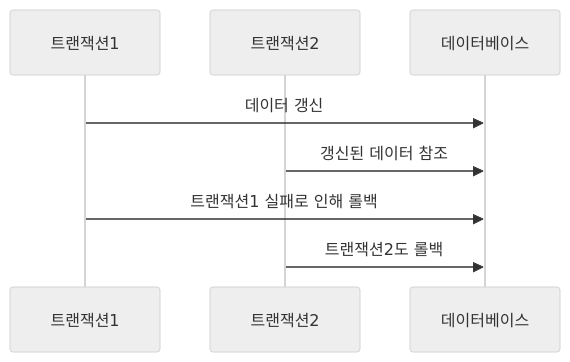
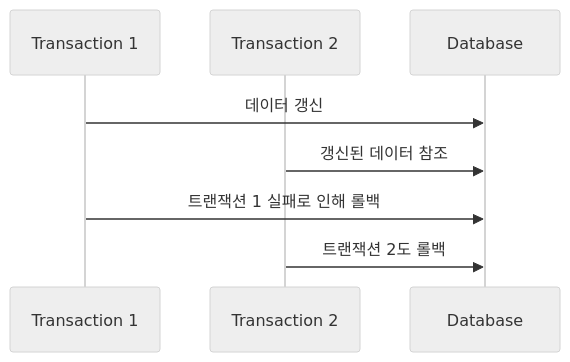
The third of 4 diagrams in collections/_drafts/skills/database/transaction/concurrency-control.md (choesimin/choesimin.github.io), drawn with Mermaid (neutral theme) before and after one commit. The commit also changed other lines of this file, not shown here.

````diff
--- a/collections/_drafts/skills/database/transaction/concurrency-control.md
+++ b/collections/_drafts/skills/database/transaction/concurrency-control.md
@@ -118,12 +105,12 @@
 ```mermaid
 sequenceDiagram
 
-participant 트랜잭션1
-participant 트랜잭션2
-participant 데이터베이스
+participant t1 as Transaction 1
+participant t2 as Transaction 2
+participant db as Database
 
-트랜잭션1->>데이터베이스: 데이터 갱신
-트랜잭션2->>데이터베이스: 갱신된 데이터 참조
-트랜잭션1->>데이터베이스: 트랜잭션1 실패로 인해 롤백
-트랜잭션2->>데이터베이스: 트랜잭션2도 롤백
+t1 ->> db : 데이터 갱신
+t2 ->> db : 갱신된 데이터 참조
+t1 ->> db : 트랜잭션 1 실패로 인해 롤백
+t2 ->> db : 트랜잭션 2도 롤백
 ```
````
